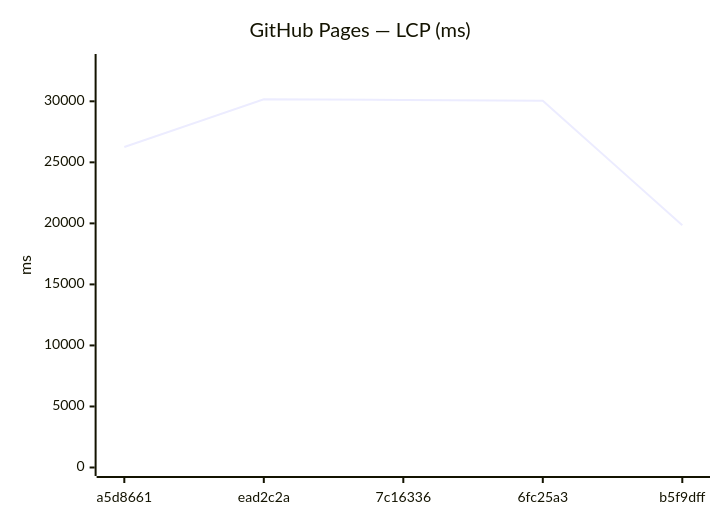
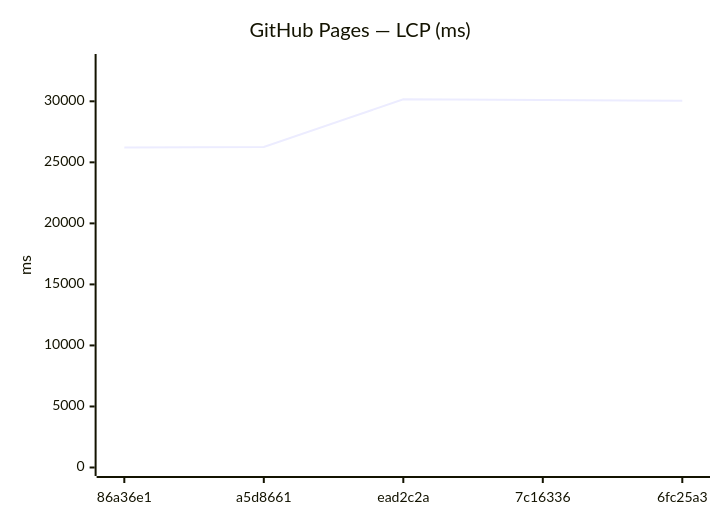
The seventh of 12 diagrams in benchmarks/compare.md (Metaheurist/Rianell), drawn with Mermaid before and after one commit. The commit also changed other lines of this file and 8 other files, not shown here.

````diff
--- a/benchmarks/compare.md
+++ b/benchmarks/compare.md
@@ -107,7 +107,7 @@
 ```mermaid
 xychart-beta
     title "GitHub Pages — LCP (ms)"
-    x-axis ["a5d8661", "ead2c2a", "7c16336", "6fc25a3", "b5f9dff"]
+    x-axis ["86a36e1", "a5d8661", "ead2c2a", "7c16336", "6fc25a3"]
     y-axis "ms" 0 --> 33179
-    line [26258, 30162, 30106, 30044, 19849]
+    line [26222, 26258, 30162, 30106, 30044]
 ```
````
